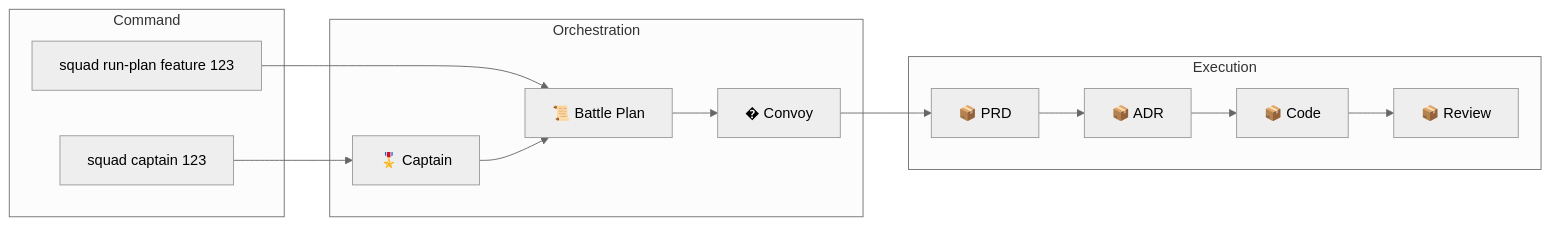
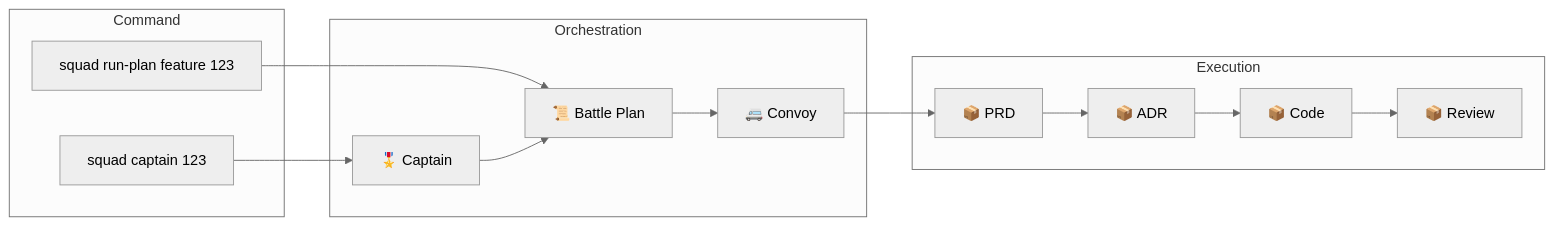
The fifth of 7 diagrams in README.md (jnPiyush/AI-Squad), drawn with Mermaid (neutral theme) before and after one commit. The commit also changed other lines of this file, not shown here.

First line of the commit message:
Fix corrupted Convoy and Signal emojis

````diff
--- a/README.md
+++ b/README.md
@@ -225,26 +225,26 @@
 ```mermaid
 graph LR
     subgraph "Command"
         C1["squad captain 123"]
         C2["squad run-plan feature 123"]
     end
     
     subgraph "Orchestration"
         Captain["🎖️ Captain"]
         BP["📜 Battle Plan"]
-        Conv["� Convoy"]
+        Conv["🚐 Convoy"]
     end
     
     subgraph "Execution"
         WI1["📦 PRD"]
         WI2["📦 ADR"]
         WI3["📦 Code"]
         WI4["📦 Review"]
     end
     
     C1 --> Captain
     C2 --> BP
     Captain --> BP
     BP --> Conv
     Conv --> WI1 --> WI2 --> WI3 --> WI4
 ```
````
